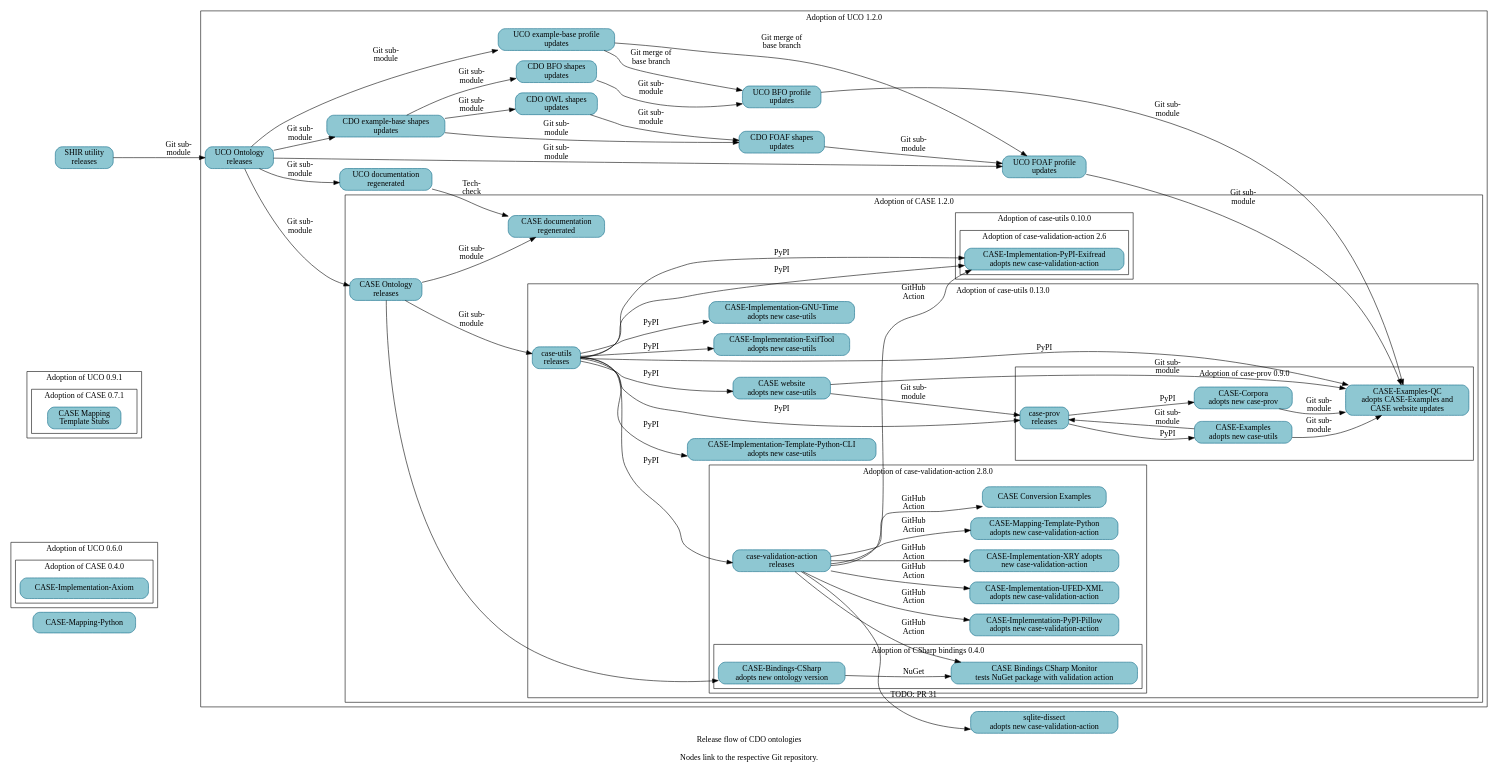
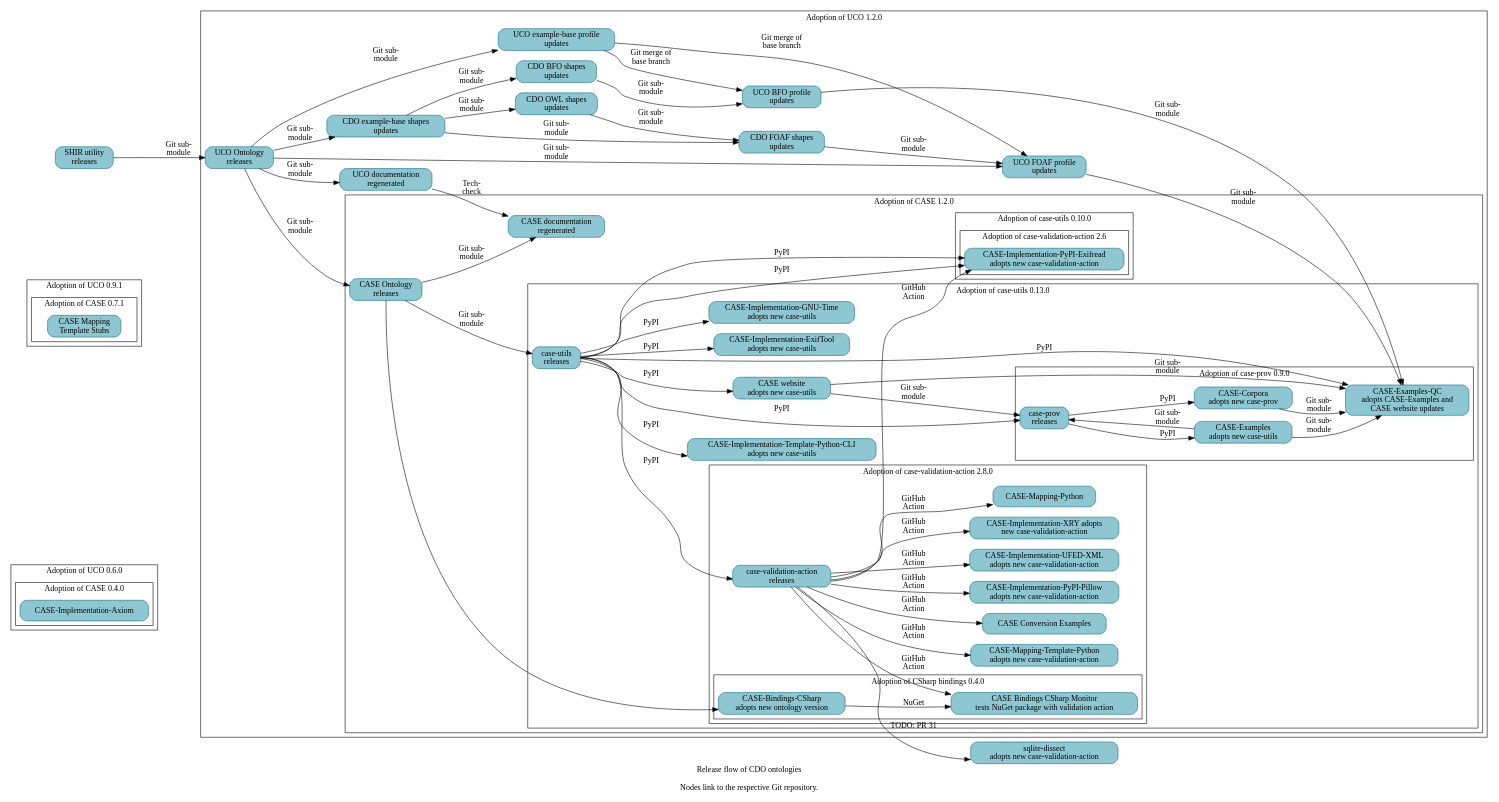
The diagram in resources/project_release_flow.dot (Cyber-Domain-Ontology/cdo.github.io), drawn with Graphviz before and after one commit.

Commit message:
Note validation action adoption in CASE-Mapping-Python
A follow-on patch will regenerate Make-managed files.

```diff
--- a/resources/project_release_flow.dot
+++ b/resources/project_release_flow.dot
@@ -1,147 +1,147 @@
 digraph "cdo_release_flow" {
   label = "Release flow of CDO ontologies\n\nNodes link to the respective Git repository." ;
   rankdir = "LR" ;
   node [shape="rectangle" style="filled,rounded" fillcolor="#8EC7D2" color="#0D6986"] ;
 
   // Define nodes in their corresponding progress subgraph.
-
-  _GH__CASEWORK__CASE_MAPPING_PYTHON [URL="https://github.com/casework/CASE-Mapping-Python/" label="CASE-Mapping-Python"] ;
 
   subgraph cluster_uco_0_6_0 {
     label = "Adoption of UCO 0.6.0" ;
 
     subgraph cluster_case_0_4_0 {
       label = "Adoption of CASE 0.4.0" ;
       _GH__CASEWORK__CASE_IMPLEMENTATION_AXIOM [URL="https://github.com/casework/CASE-Implementation-Axiom" label="CASE-Implementation-Axiom"] ;
     }
   }
 
   subgraph cluster_uco_0_9_1 {
     label = "Adoption of UCO 0.9.1" ;
 
     subgraph cluster_case_0_7_1 {
       label = "Adoption of CASE 0.7.1" ;
       _GH__CASEWORK__CASE_MAPPING_TEMPLATE_STUBS [URL="https://github.com/casework/CASE-Mapping-Template-Stubs" label="CASE Mapping\nTemplate Stubs"] ;
     }
   }
 
   subgraph cluster_uco_1_2_0 {
     label = "Adoption of UCO 1.2.0" ;
 
     _GH__CYBER_DOMAIN_ONTOLOGY__CDO_SHAPES_BFO [URL="https://github.com/Cyber-Domain-Ontology/CDO-Shapes-BFO" label="CDO BFO shapes\nupdates"] ;
     _GH__CYBER_DOMAIN_ONTOLOGY__CDO_SHAPES_EXAMPLE [URL="https://github.com/Cyber-Domain-Ontology/CDO-Shapes-Example" label="CDO example-base shapes\nupdates"] ;
     _GH__CYBER_DOMAIN_ONTOLOGY__CDO_SHAPES_FOAF [URL="https://github.com/Cyber-Domain-Ontology/CDO-Shapes-FOAF" label="CDO FOAF shapes\nupdates"] ;
     _GH__CYBER_DOMAIN_ONTOLOGY__CDO_SHAPES_OWL [URL="https://github.com/Cyber-Domain-Ontology/CDO-Shapes-OWL" label="CDO OWL shapes\nupdates"] ;
     _GH__UCOPROJECT__ONTOLOGY_UNIFIEDCYBERONTOLOGY_ORG [URL="https://github.com/ucoProject/ontology.unifiedcyberontology.org" label="UCO documentation\nregenerated"] ;
     _GH__UCOPROJECT__UCO [URL="https://github.com/ucoProject/UCO" label="UCO Ontology\nreleases"] ;
     _GH__UCOPROJECT__UCO_PROFILE_BFO [URL="https://github.com/ucoProject/UCO-Profile-BFO" label="UCO BFO profile\nupdates"] ;
     _GH__UCOPROJECT__UCO_PROFILE_EXAMPLE [URL="https://github.com/ucoProject/UCO-Profile-Example" label="UCO example-base profile\nupdates"] ;
     _GH__UCOPROJECT__UCO_PROFILE_FOAF [URL="https://github.com/ucoProject/UCO-Profile-FOAF" label="UCO FOAF profile\nupdates"] ;
 
     subgraph cluster_case_1_2_0 {
       label = "Adoption of CASE 1.2.0" ;
 
       _GH__CASEWORK__CASE [URL="https://github.com/casework/CASE" label="CASE Ontology\nreleases"] ;
       _GH__CASEWORK__ONTOLOGY_CASEONTOLOGY_ORG [URL="https://github.com/casework/ontology.caseontology.org" label="CASE documentation\nregenerated"] ;
 
       subgraph cluster_case_utils_0_10_0 {
         label = "Adoption of case-utils 0.10.0" ;
 
         subgraph cluster_case_validation_action_2_6 {
           label = "Adoption of case-validation-action 2.6" ;
 
           _GH__CASEWORK__CASE_IMPLEMENTATION_PYPI_EXIFREAD [URL="https://github.com/casework/CASE-Implementation-PyPI-Exifread" label="CASE-Implementation-PyPI-Exifread\nadopts new case-validation-action"] ;
         }
       }
 
       subgraph cluster_case_utils_0_13_0 {
         label = "Adoption of case-utils 0.13.0" ;
 
         _GH__CASEWORK__CASE_IMPLEMENTATION_EXIFTOOL [URL="https://github.com/casework/CASE-Implementation-ExifTool" label="CASE-Implementation-ExifTool\nadopts new case-utils"] ;
         _GH__CASEWORK__CASE_IMPLEMENTATION_GNU_TIME [URL="https://github.com/casework/CASE-Implementation-GNU-Time" label="CASE-Implementation-GNU-Time\nadopts new case-utils"] ;
         _GH__CASEWORK__CASE_IMPLEMENTATION_TEMPLATE_PYTHON_CLI [URL="https://github.com/casework/CASE-Implementation-Template-Python-CLI" label="CASE-Implementation-Template-Python-CLI\nadopts new case-utils"]
         _GH__CASEWORK__CASE_UTILITIES_PYTHON [URL="https://github.com/casework/CASE-Utilities-Python" label="case-utils\nreleases"] ;
         _GH__CASEWORK__CASEWORK_GITHUB_IO [URL="https://github.com/casework/casework.github.io" label="CASE website\nadopts new case-utils"] ;
 
         subgraph cluster_case_prov_0_9_0 {
           label = "Adoption of case-prov 0.9.0" ;
 
           _GH__AJNELSON_NIST__CASE_EXAMPLES_QC [URL="https://github.com/ajnelson-nist/CASE-Examples-QC" label="CASE-Examples-QC\nadopts CASE-Examples and\nCASE website updates"] ;
           _GH__CASEWORK__CASE_CORPORA [URL="https://github.com/casework/CASE-Corpora" label="CASE-Corpora\nadopts new case-prov"] ;
           _GH__CASEWORK__CASE_EXAMPLES [URL="https://github.com/casework/CASE-Examples" label="CASE-Examples\nadopts new case-utils"] ;
           _GH__CASEWORK__CASE_IMPLEMENTATION_PROV_O [URL="https://github.com/casework/CASE-Implementation-PROV-O" label="case-prov\nreleases"] ;
         }
 
         subgraph cluster_case_validation_action_2_8_0 {
           label = "Adoption of case-validation-action 2.8.0" ;
 
           _GH__KCHASON__CASE_VALIDATION_ACTION [URL="https://github.com/kchason/case-validation-action" label="case-validation-action\nreleases"] ;
           _GH__CASEWORK__CASE_EXAMPLES_CONVERSION [URL="https://github.com/casework/CASE-Examples-Conversion" label="CASE Conversion Examples"] ;
           _GH__CASEWORK__CASE_IMPLEMENTATION_PYPI_PILLOW [URL="https://github.com/casework/CASE-Implementation-PyPI-Pillow" label="CASE-Implementation-PyPI-Pillow\nadopts new case-validation-action"] ;
           _GH__CASEWORK__CASE_IMPLEMENTATION_UFED_XML [URL="https://github.com/casework/CASE-Implementation-UFED-XML" label="CASE-Implementation-UFED-XML\nadopts new case-validation-action"] ;
           _GH__CASEWORK__CASE_IMPLEMENTATION_XRY [URL="https://github.com/casework/CASE-Implementation-XRY" label="CASE-Implementation-XRY adopts\nnew case-validation-action"] ;
+          _GH__CASEWORK__CASE_MAPPING_PYTHON [URL="https://github.com/casework/CASE-Mapping-Python/" label="CASE-Mapping-Python"] ;
           _GH__CASEWORK__CASE_MAPPING_TEMPLATE_PYTHON [URL="https://github.com/casework/CASE-Mapping-Template-Python" label="CASE-Mapping-Template-Python\nadopts new case-validation-action"] ;
 
           subgraph cluster_case_bindings_csharp_0_4_0 {
             label = "Adoption of CSharp bindings 0.4.0" ;
 
             _GH__CASEWORK__CASE_BINDINGS_CSHARP_MONITOR [URL="https://github.com/casework/CASE-Bindings-CSharp-Monitor" label="CASE Bindings CSharp Monitor\ntests NuGet package with validation action"] ;
             _GH__CIPHERTECHSOLUTIONS__CASE_BINDINGS_CSHARP [URL="https://github.com/ciphertechsolutions/CASE-Bindings-CSharp" label="CASE-Bindings-CSharp\nadopts new ontology version"] ;
           }
         }
       }
     }
   }
 
   _GH__CASEWORK__CASE_UTILITY_SHACL_INHERITANCE_REVIEWER [URL="https://github.com/casework/CASE-Utility-SHACL-Inheritance-Reviewer" label="SHIR utility\nreleases"] ;
   _GH__DOD_CYBER_CRIME_CENTER__SQLITE_DISSECT [URL="https://github.com/dod-cyber-crime-center/sqlite-dissect" label="sqlite-dissect\nadopts new case-validation-action"] ;
 
   // Begin edges
 
   _GH__CASEWORK__CASE_EXAMPLES -> _GH__CASEWORK__CASE_IMPLEMENTATION_PROV_O [label="Git sub-\nmodule"] ;
   _GH__CASEWORK__CASEWORK_GITHUB_IO -> _GH__CASEWORK__CASE_IMPLEMENTATION_PROV_O [label="Git sub-\nmodule"] ;
   _GH__CASEWORK__CASE_CORPORA -> _GH__AJNELSON_NIST__CASE_EXAMPLES_QC [label="Git sub-\nmodule"] ;
 
   _GH__CASEWORK__CASE -> _GH__CASEWORK__CASE_UTILITIES_PYTHON [label="Git sub-\nmodule"] ;
   _GH__CASEWORK__CASE -> _GH__CIPHERTECHSOLUTIONS__CASE_BINDINGS_CSHARP ;
   _GH__CASEWORK__CASE -> _GH__CASEWORK__ONTOLOGY_CASEONTOLOGY_ORG [label="Git sub-\nmodule"] ; 
   _GH__CASEWORK__CASE_EXAMPLES -> _GH__AJNELSON_NIST__CASE_EXAMPLES_QC [label="Git sub-\nmodule"] ;
   _GH__CASEWORK__CASE_IMPLEMENTATION_PROV_O -> _GH__CASEWORK__CASE_CORPORA [label="PyPI"] ;
   _GH__CASEWORK__CASE_IMPLEMENTATION_PROV_O -> _GH__CASEWORK__CASE_EXAMPLES [label="PyPI"] ;
   _GH__CASEWORK__CASE_UTILITIES_PYTHON -> _GH__AJNELSON_NIST__CASE_EXAMPLES_QC [label="PyPI"] ;
   _GH__CASEWORK__CASE_UTILITIES_PYTHON -> _GH__CASEWORK__CASE_IMPLEMENTATION_EXIFTOOL [label="PyPI"] ;
   _GH__CASEWORK__CASE_UTILITIES_PYTHON -> _GH__CASEWORK__CASE_IMPLEMENTATION_GNU_TIME [label="PyPI"] ;
   _GH__CASEWORK__CASE_UTILITIES_PYTHON -> _GH__CASEWORK__CASE_IMPLEMENTATION_PROV_O [label="PyPI"] ;
   _GH__CASEWORK__CASE_UTILITIES_PYTHON -> _GH__CASEWORK__CASE_IMPLEMENTATION_PYPI_EXIFREAD [label="PyPI"] ;
   _GH__CASEWORK__CASE_UTILITIES_PYTHON -> _GH__CASEWORK__CASE_IMPLEMENTATION_TEMPLATE_PYTHON_CLI [label="PyPI"];
   _GH__CASEWORK__CASE_UTILITIES_PYTHON -> _GH__KCHASON__CASE_VALIDATION_ACTION [label="PyPI"] ;
   _GH__CASEWORK__CASE_UTILITIES_PYTHON -> _GH__CASEWORK__CASEWORK_GITHUB_IO [label="PyPI"] ;
   _GH__CASEWORK__CASE_UTILITY_SHACL_INHERITANCE_REVIEWER -> _GH__UCOPROJECT__UCO [label="Git sub-\nmodule"] ;
   _GH__CASEWORK__CASEWORK_GITHUB_IO -> _GH__AJNELSON_NIST__CASE_EXAMPLES_QC [label="Git sub-\nmodule"] ;
   _GH__CIPHERTECHSOLUTIONS__CASE_BINDINGS_CSHARP -> _GH__CASEWORK__CASE_BINDINGS_CSHARP_MONITOR [label="NuGet"] ;
   _GH__CYBER_DOMAIN_ONTOLOGY__CDO_SHAPES_BFO -> _GH__UCOPROJECT__UCO_PROFILE_BFO [label="Git sub-\nmodule"] ;
   _GH__CYBER_DOMAIN_ONTOLOGY__CDO_SHAPES_EXAMPLE -> _GH__CYBER_DOMAIN_ONTOLOGY__CDO_SHAPES_BFO [label="Git sub-\nmodule"] ;
   _GH__CYBER_DOMAIN_ONTOLOGY__CDO_SHAPES_EXAMPLE -> _GH__CYBER_DOMAIN_ONTOLOGY__CDO_SHAPES_FOAF [label="Git sub-\nmodule"] ;
   _GH__CYBER_DOMAIN_ONTOLOGY__CDO_SHAPES_EXAMPLE -> _GH__CYBER_DOMAIN_ONTOLOGY__CDO_SHAPES_OWL [label="Git sub-\nmodule"] ;
   _GH__CYBER_DOMAIN_ONTOLOGY__CDO_SHAPES_FOAF -> _GH__UCOPROJECT__UCO_PROFILE_FOAF [label="Git sub-\nmodule"] ;
   _GH__CYBER_DOMAIN_ONTOLOGY__CDO_SHAPES_OWL -> _GH__CYBER_DOMAIN_ONTOLOGY__CDO_SHAPES_FOAF [label="Git sub-\nmodule"] ;
   _GH__KCHASON__CASE_VALIDATION_ACTION -> _GH__CASEWORK__CASE_BINDINGS_CSHARP_MONITOR [label="GitHub\nAction"] ;
   _GH__KCHASON__CASE_VALIDATION_ACTION -> _GH__CASEWORK__CASE_EXAMPLES_CONVERSION [label="GitHub\nAction"];
   _GH__CASEWORK__CASE_UTILITIES_PYTHON -> _GH__CASEWORK__CASE_IMPLEMENTATION_PYPI_EXIFREAD [label="PyPI"] ;
   _GH__KCHASON__CASE_VALIDATION_ACTION -> _GH__CASEWORK__CASE_IMPLEMENTATION_PYPI_EXIFREAD [label="GitHub\nAction"] ;
   _GH__KCHASON__CASE_VALIDATION_ACTION -> _GH__CASEWORK__CASE_IMPLEMENTATION_PYPI_PILLOW [label="GitHub\nAction"] ;
   _GH__KCHASON__CASE_VALIDATION_ACTION -> _GH__CASEWORK__CASE_IMPLEMENTATION_UFED_XML [label="GitHub\nAction"] ;
   _GH__KCHASON__CASE_VALIDATION_ACTION -> _GH__CASEWORK__CASE_IMPLEMENTATION_XRY [label="GitHub\nAction"] ;
+  _GH__KCHASON__CASE_VALIDATION_ACTION -> _GH__CASEWORK__CASE_MAPPING_PYTHON [label="GitHub\nAction"] ;
   _GH__KCHASON__CASE_VALIDATION_ACTION -> _GH__CASEWORK__CASE_MAPPING_TEMPLATE_PYTHON [label="GitHub\nAction"] ;
   _GH__KCHASON__CASE_VALIDATION_ACTION -> _GH__DOD_CYBER_CRIME_CENTER__SQLITE_DISSECT [URL="https://github.com/dod-cyber-crime-center/sqlite-dissect/pull/31" label="TODO: PR 31"] ;
   _GH__UCOPROJECT__ONTOLOGY_UNIFIEDCYBERONTOLOGY_ORG -> _GH__CASEWORK__ONTOLOGY_CASEONTOLOGY_ORG [label="Tech-\ncheck"];
   _GH__UCOPROJECT__UCO -> _GH__CASEWORK__CASE [label="Git sub-\nmodule"] ;
   _GH__UCOPROJECT__UCO -> _GH__CYBER_DOMAIN_ONTOLOGY__CDO_SHAPES_EXAMPLE [label="Git sub-\nmodule"] ;
   _GH__UCOPROJECT__UCO -> _GH__UCOPROJECT__ONTOLOGY_UNIFIEDCYBERONTOLOGY_ORG [label="Git sub-\nmodule"] ;
   _GH__UCOPROJECT__UCO -> _GH__UCOPROJECT__UCO_PROFILE_EXAMPLE [label="Git sub-\nmodule"] ;
   _GH__UCOPROJECT__UCO -> _GH__UCOPROJECT__UCO_PROFILE_FOAF [label="Git sub-\nmodule"] ;
   _GH__UCOPROJECT__UCO_PROFILE_BFO -> _GH__AJNELSON_NIST__CASE_EXAMPLES_QC [label="Git sub-\nmodule"] ;
   _GH__UCOPROJECT__UCO_PROFILE_EXAMPLE -> _GH__UCOPROJECT__UCO_PROFILE_BFO [label="Git merge of\nbase branch"] ;
   _GH__UCOPROJECT__UCO_PROFILE_EXAMPLE -> _GH__UCOPROJECT__UCO_PROFILE_FOAF [label="Git merge of\nbase branch"] ;
   _GH__UCOPROJECT__UCO_PROFILE_FOAF -> _GH__AJNELSON_NIST__CASE_EXAMPLES_QC [label="Git sub-\nmodule"] ;
 }
```
